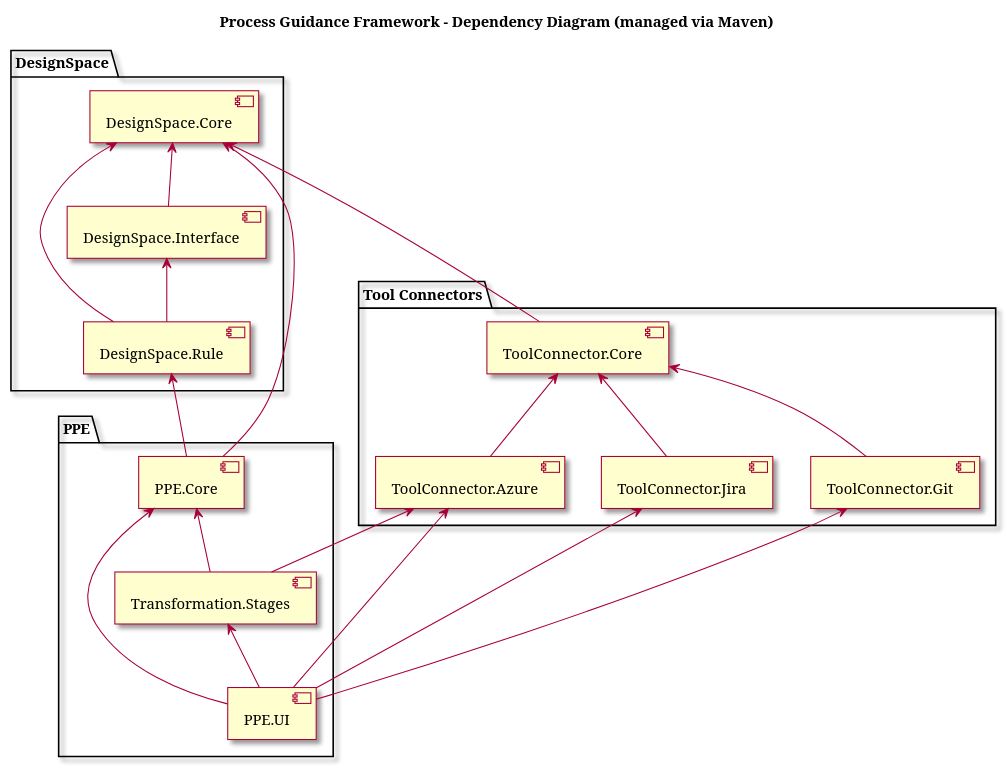
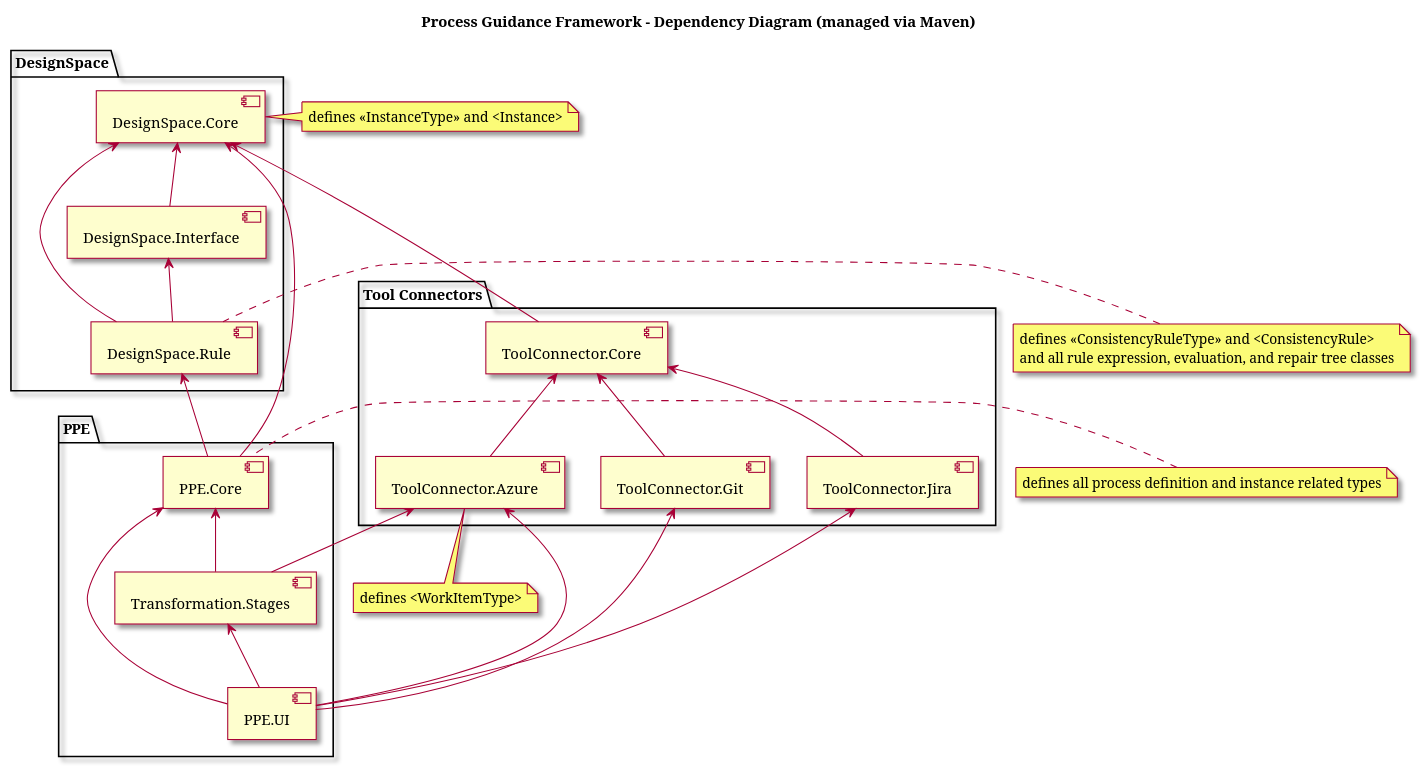
The diagram in doc/dependencydiagram.plantuml (jku-isse/c4s.CQRS-passiveworkflowengine), drawn with PlantUML before and after one commit. The commit also changed 9 other files, not shown here.

Commit message:
added UML architecture diagrams

```diff
--- a/doc/dependencydiagram.plantuml
+++ b/doc/dependencydiagram.plantuml
@@ -1,48 +1,64 @@
 @startuml
 
 skin rose
 
 title Process Guidance Framework - Dependency Diagram (managed via Maven)
 
 package "DesignSpace" {
 component [DesignSpace.Core] as core
 component [DesignSpace.Interface] as intf
 component [DesignSpace.Rule] as rule
 }
 
+note right of core
+defines <<InstanceType>> and <Instance>
+end note
+note left of rule
+defines <<ConsistencyRuleType>> and <ConsistencyRule> 
+and all rule expression, evaluation, and repair tree classes
+end note
+
 package "PPE" {
 component [PPE.Core] as ppe 
 component [PPE.UI] as ui
 component [Transformation.Stages] as stages
 }
+
+note left of ppe
+defines all process definition and instance related types
+end note
 
 package "Tool Connectors" {
 component [ToolConnector.Core] as tool 
 component [ToolConnector.Azure] as azure 
 component [ToolConnector.Git] as git 
 component [ToolConnector.Jira] as jira
 }
+
+note bottom of azure
+defines <WorkItemType>
+end note
 
 
 intf -up-> core
 rule -up-> core
 rule -up-> intf
 
 tool -up-> core
 azure -up-> tool
 git -up-> tool
 jira -up-> tool
 
 ppe -up-> core
 ppe -up-> rule
 
 stages -up-> ppe
 stages -up-> azure
 
 ui -up-> ppe
 ui -up-> azure
 ui -up-> jira
 ui -up-> git
 ui -up-> stages
 
 @enduml
```
